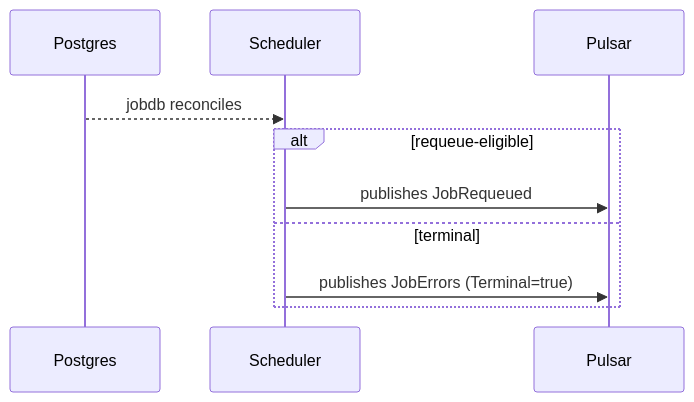
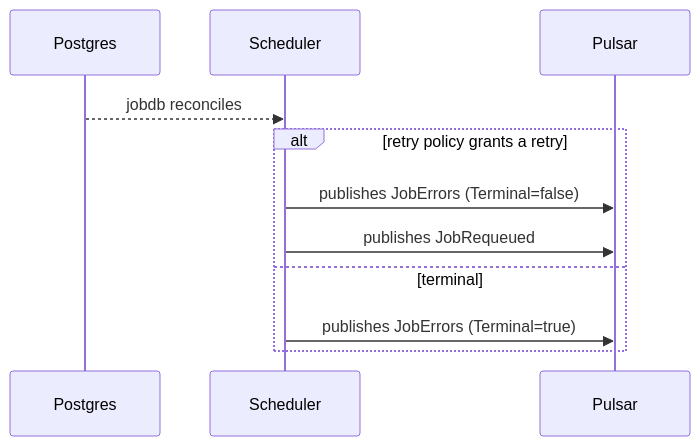
One commit to armadaproject/armada changed the seventh of 12 diagrams in docs/developer/job-lifecycle-events.md. Above: the diagram before and after it, drawn with Mermaid. The commit also changed other lines of this file, not shown here.

Commit message:
Correct and complete the job lifecycle events doc

````diff
--- a/docs/developer/job-lifecycle-events.md
+++ b/docs/developer/job-lifecycle-events.md
@@ -291,12 +375,13 @@
 ```mermaid
 sequenceDiagram
     participant Pg as Postgres
     participant Sc as Scheduler
     participant P as Pulsar
     Pg-->>Sc: jobdb reconciles
-    alt requeue-eligible
+    alt retry policy grants a retry
+        Sc->>P: publishes JobErrors (Terminal=false)
         Sc->>P: publishes JobRequeued
     else terminal
         Sc->>P: publishes JobErrors (Terminal=true)
     end
 ```
````
